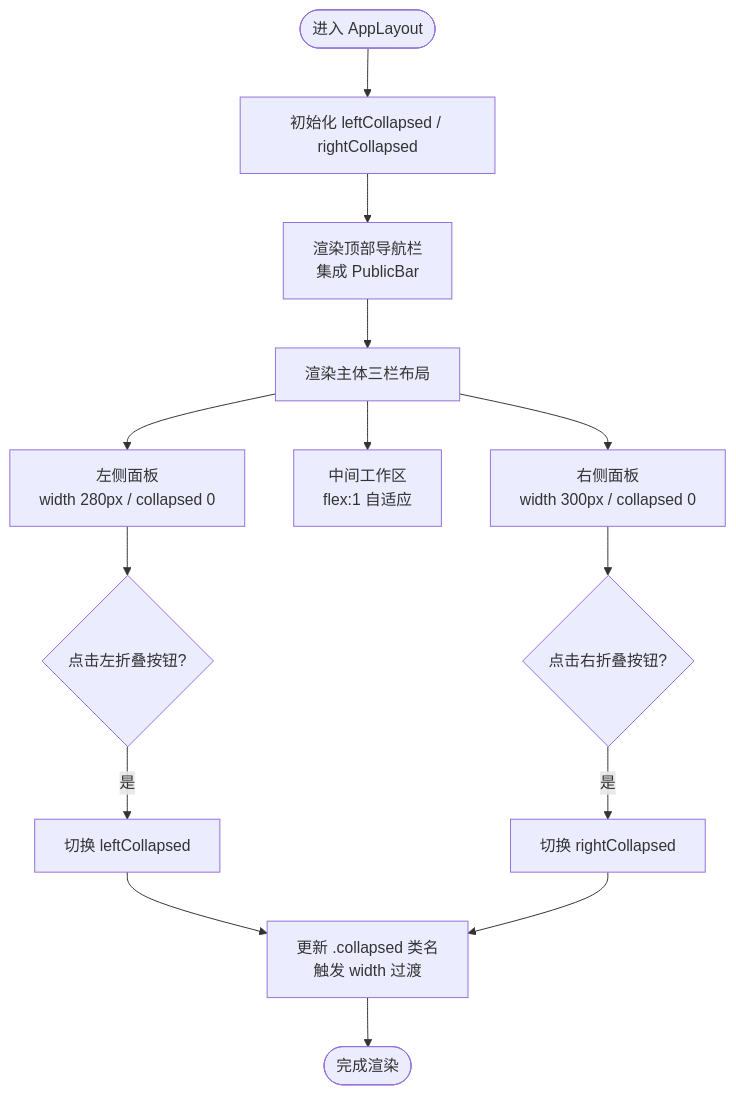
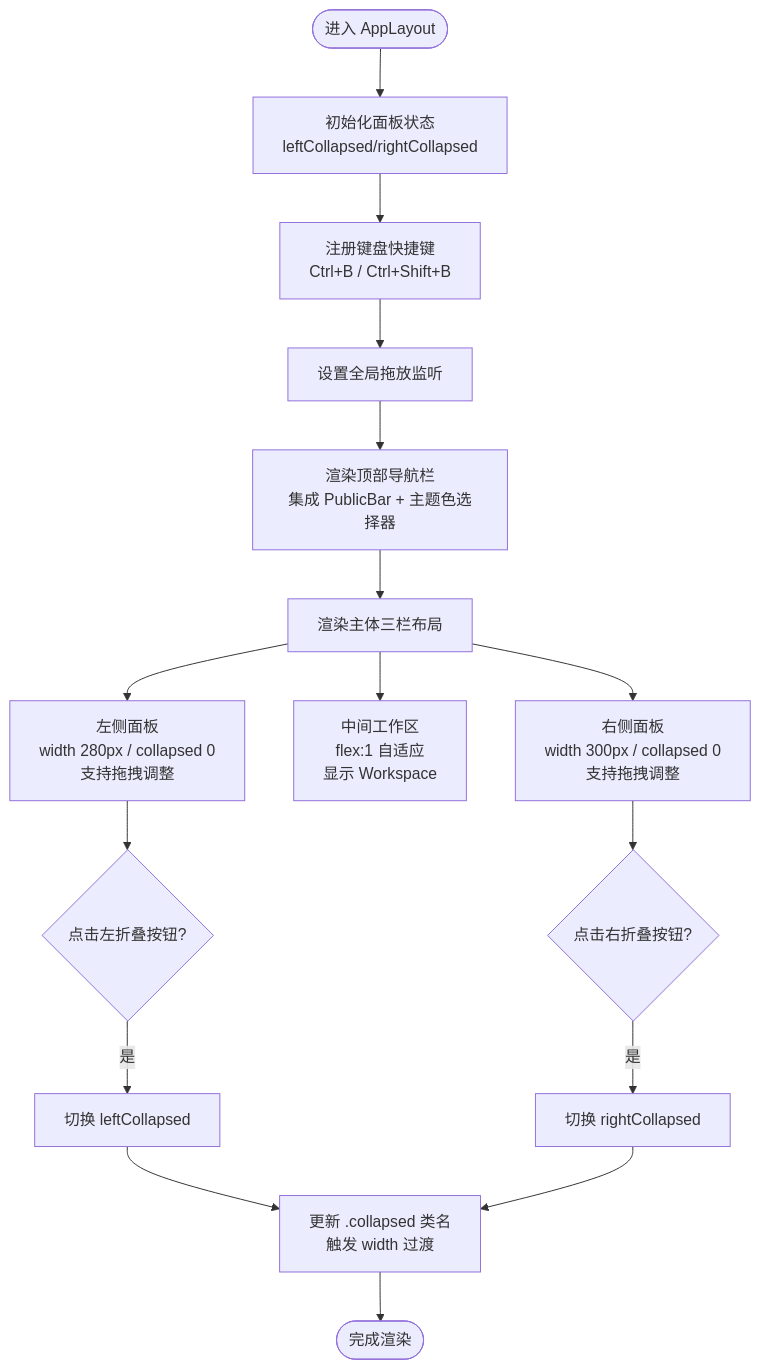
One commit to taoweidong/Hello-Tauri changed the third of 7 diagrams in .qoder/repowiki/zh/content/架构设计/组件层次结构/布局组件.md. Above: the diagram before and after it, drawn with Mermaid. The commit also changed other lines of this file and 119 other files, not shown here.

````diff
--- a/.qoder/repowiki/zh/content/架构设计/组件层次结构/布局组件.md
+++ b/.qoder/repowiki/zh/content/架构设计/组件层次结构/布局组件.md
@@ -138,16 +173,18 @@
 ```mermaid
 flowchart TD
-Start(["进入 AppLayout"]) --> InitState["初始化 leftCollapsed / rightCollapsed"]
-InitState --> RenderHeader["渲染顶部导航栏<br/>集成 PublicBar"]
+Start(["进入 AppLayout"]) --> InitState["初始化面板状态<br/>leftCollapsed/rightCollapsed"]
+InitState --> SetupShortcuts["注册键盘快捷键<br/>Ctrl+B / Ctrl+Shift+B"]
+SetupShortcuts --> SetupDrag["设置全局拖放监听"]
+SetupDrag --> RenderHeader["渲染顶部导航栏<br/>集成 PublicBar + 主题色选择器"]
 RenderHeader --> RenderBody["渲染主体三栏布局"]
-RenderBody --> LeftPanel["左侧面板<br/>width 280px / collapsed 0"]
-RenderBody --> CenterArea["中间工作区<br/>flex:1 自适应"]
-RenderBody --> RightPanel["右侧面板<br/>width 300px / collapsed 0"]
+RenderBody --> LeftPanel["左侧面板<br/>width 280px / collapsed 0<br/>支持拖拽调整"]
+RenderBody --> CenterArea["中间工作区<br/>flex:1 自适应<br/>显示 Workspace"]
+RenderBody --> RightPanel["右侧面板<br/>width 300px / collapsed 0<br/>支持拖拽调整"]
 LeftPanel --> ToggleLeft{"点击左折叠按钮?"}
 RightPanel --> ToggleRight{"点击右折叠按钮?"}
 ToggleLeft --> |是| SetLeft["切换 leftCollapsed"]
 ToggleRight --> |是| SetRight["切换 rightCollapsed"]
 SetLeft --> UpdateCSS["更新 .collapsed 类名<br/>触发 width 过渡"]
 SetRight --> UpdateCSS
 UpdateCSS --> End(["完成渲染"])
 ```
````
